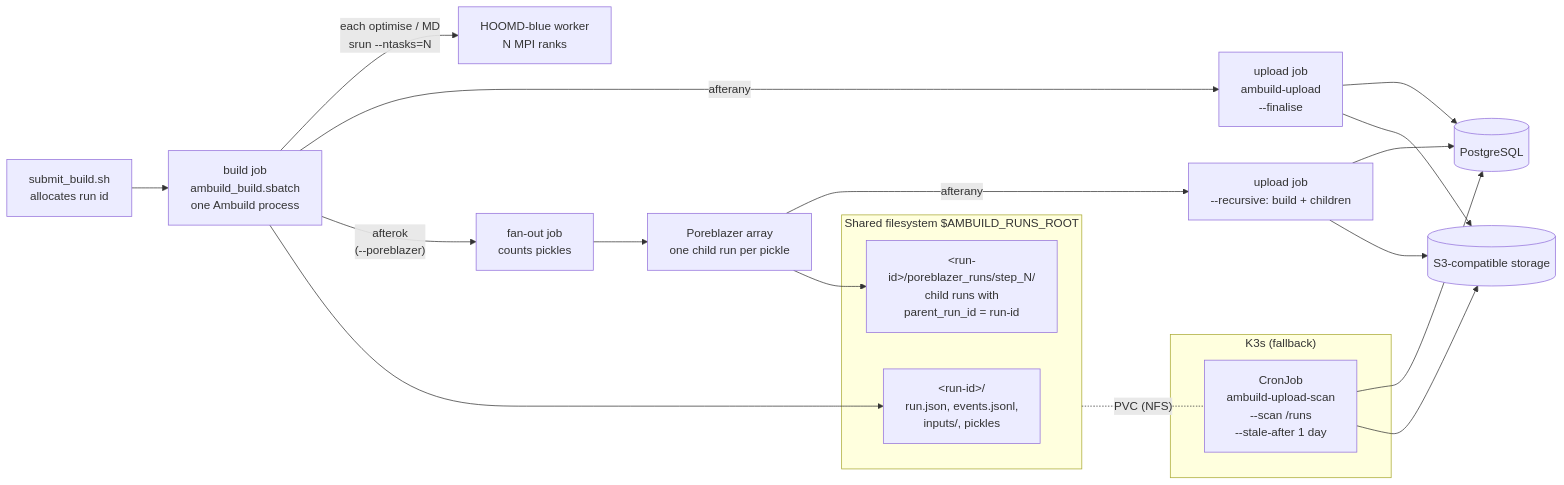
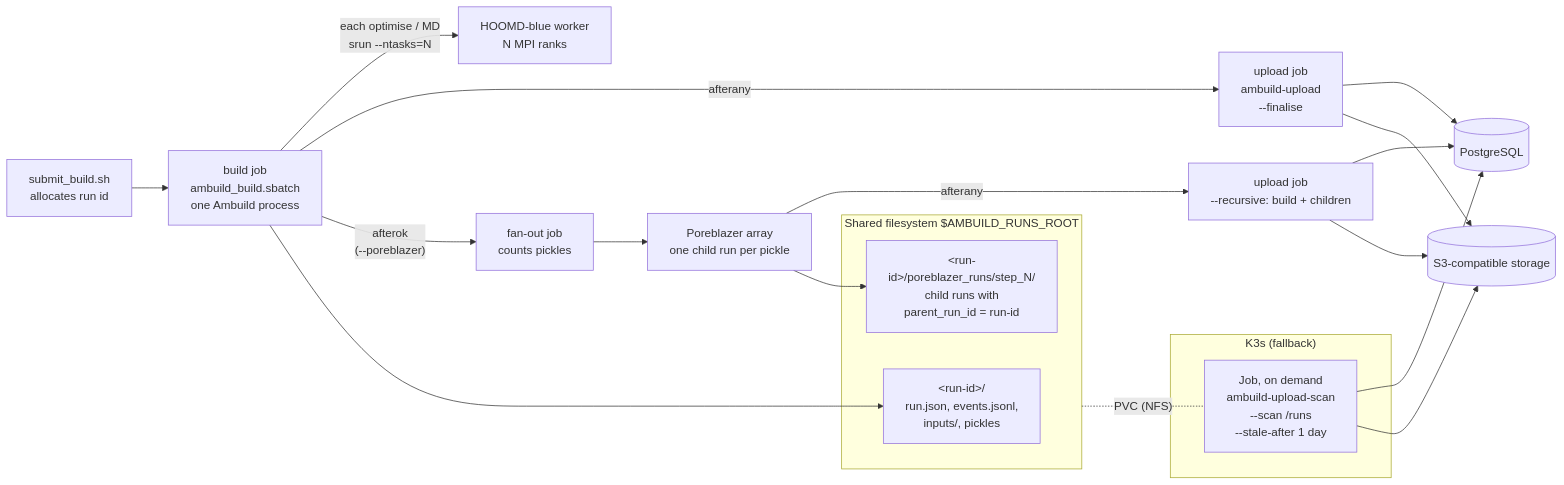
Before and after one commit to st7ma784/ambuild: the third of 3 diagrams in docs/architecture.md, drawn with Mermaid. The commit also changed other lines of this file and 10 other files, not shown here.

````diff
--- a/docs/architecture.md
+++ b/docs/architecture.md
@@ -95,28 +95,28 @@
 ```mermaid
 flowchart LR
     submit["submit_build.sh<br/>allocates run id"] --> build["build job<br/>ambuild_build.sbatch<br/>one Ambuild process"]
     build -- "each optimise / MD<br/>srun --ntasks=N" --> worker["HOOMD-blue worker<br/>N MPI ranks"]
     build -- "afterany" --> up1["upload job<br/>ambuild-upload<br/>--finalise"]
     build -- "afterok<br/>(--poreblazer)" --> fanout["fan-out job<br/>counts pickles"]
     fanout --> array["Poreblazer array<br/>one child run per pickle"]
     array -- "afterany" --> up2["upload job<br/>--recursive: build + children"]
 
     subgraph shared["Shared filesystem  $AMBUILD_RUNS_ROOT"]
         rd["&lt;run-id&gt;/<br/>run.json, events.jsonl,<br/>inputs/, pickles"]
         child["&lt;run-id&gt;/poreblazer_runs/step_N/<br/>child runs with<br/>parent_run_id = run-id"]
     end
     build --> rd
     array --> child
 
     subgraph k3s["K3s (fallback)"]
-        cron["CronJob<br/>ambuild-upload-scan<br/>--scan /runs<br/>--stale-after 1 day"]
+        scan["Job, on demand<br/>ambuild-upload-scan<br/>--scan /runs<br/>--stale-after 1 day"]
     end
-    shared -. "PVC (NFS)" .- cron
+    shared -. "PVC (NFS)" .- scan
 
     up1 --> pg[("PostgreSQL")]
     up2 --> pg
-    cron --> pg
+    scan --> pg
     up1 --> s3[("S3-compatible storage")]
     up2 --> s3
-    cron --> s3
+    scan --> s3
 ```
````
